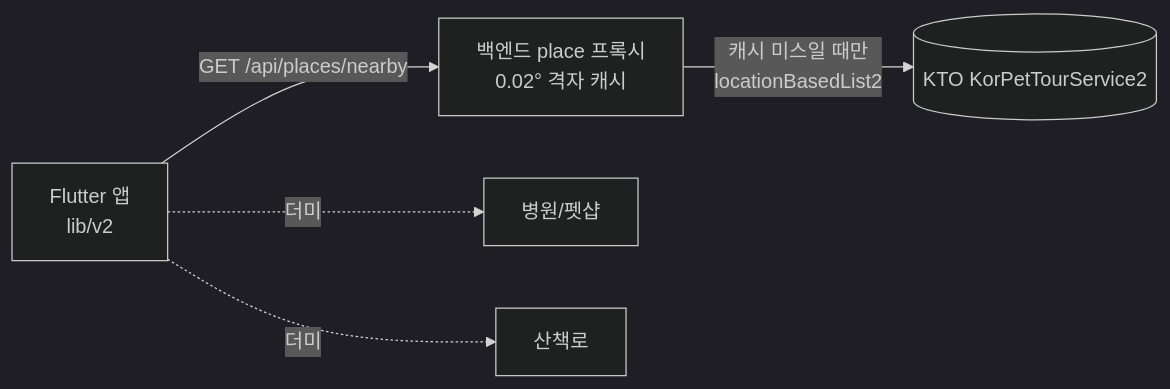
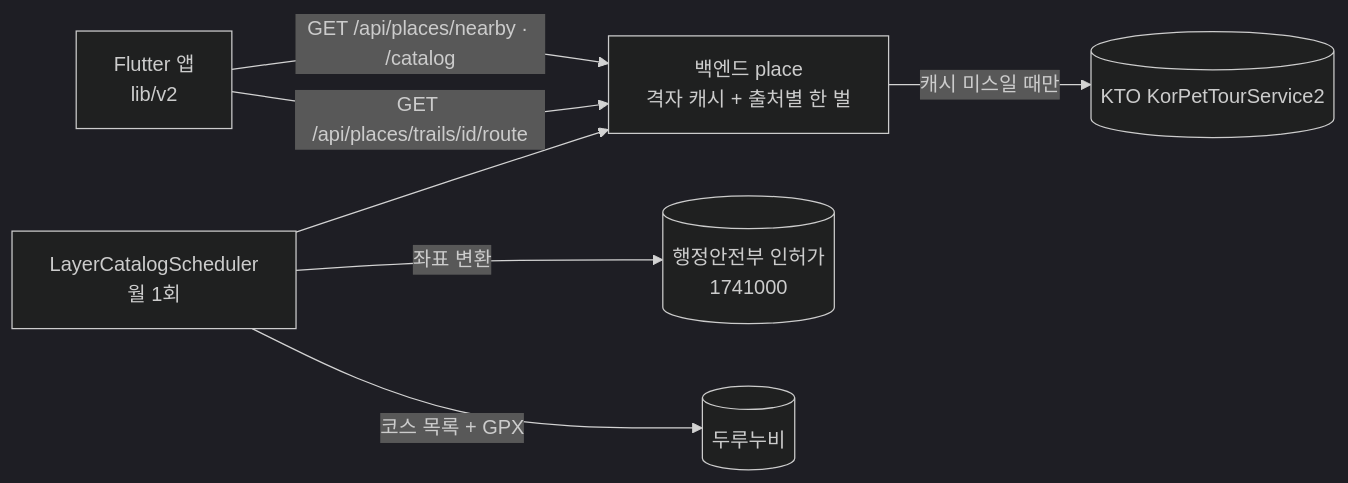
The first of 2 diagrams in docs/02-architecture/external-data.md (sanghyunbang/pawloop), drawn with Mermaid (dark theme) before and after one commit. The commit also changed other lines of this file and 75 other files, not shown here.

First line of the commit message:
feat: 동물병원·펫샵·산책로가 실데이터로 돌아온다 — 행정안전부 인허가(전국)·두루누비를 place_catalog 출처별 한 벌로 (#291)

````diff
--- a/docs/02-architecture/external-data.md
+++ b/docs/02-architecture/external-data.md
@@ -213,7 +223,9 @@
 ```mermaid
 flowchart LR
-  App[Flutter 앱\nlib/v2] -->|GET /api/places/nearby| BE[백엔드 place 프록시\n0.02° 격자 캐시]
-  BE -->|캐시 미스일 때만\nlocationBasedList2| KTO[(KTO KorPetTourService2)]
-  App -. 더미 .-> Vet[병원/펫샵]
-  App -. 더미 .-> Trail[산책로]
+  App[Flutter 앱\nlib/v2] -->|GET /api/places/nearby · /catalog| BE[백엔드 place\n격자 캐시 + 출처별 한 벌]
+  App -->|GET /api/places/trails/id/route| BE
+  BE -->|캐시 미스일 때만| KTO[(KTO KorPetTourService2)]
+  Job[LayerCatalogScheduler\n월 1회] -->|좌표 변환| LD[(행정안전부 인허가\n1741000)]
+  Job -->|코스 목록 + GPX| DN[(두루누비)]
+  Job --> BE
 ```
````
